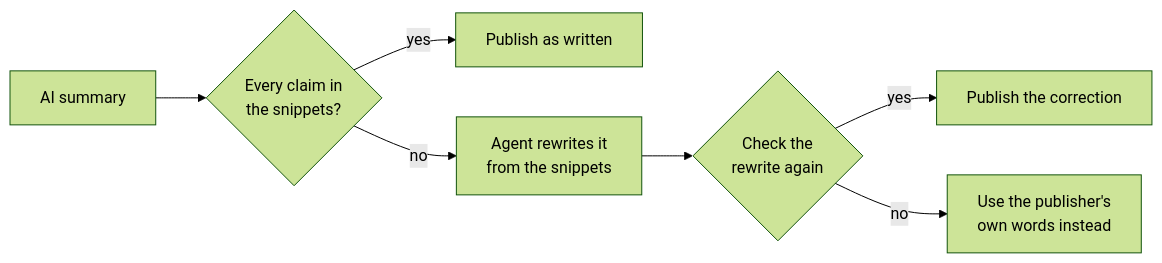
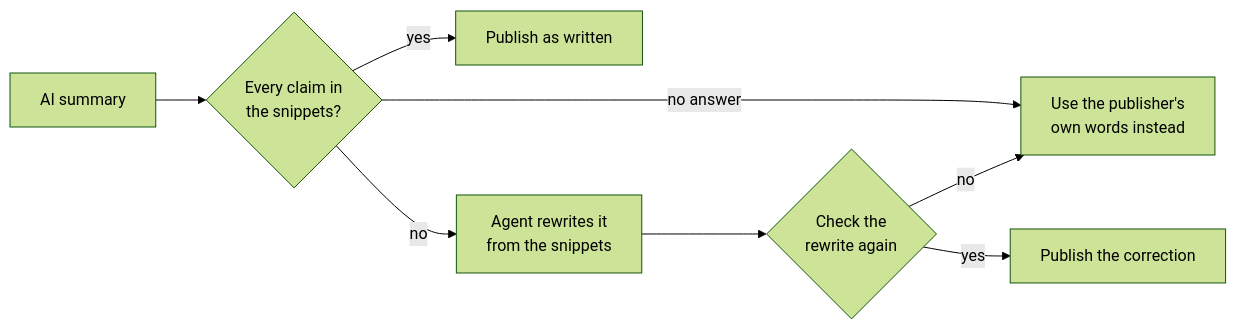
The second of 4 diagrams in docs/TECHNICAL_GUIDE.md (YashRajSingh1001/readkernel), drawn with Mermaid (forest theme) before and after one commit. The commit also changed other lines of this file and 2 other files, not shown here.

Commit message:
Use the publisher's words when the first fact-check gets no answer

````diff
--- a/docs/TECHNICAL_GUIDE.md
+++ b/docs/TECHNICAL_GUIDE.md
@@ -233,9 +233,10 @@
 ```mermaid
 flowchart LR
     A["AI summary"] --> B{"Every claim in<br/>the snippets?"}
+    B -- no answer --> FB
     B -- yes --> OK["Publish as written"]
     B -- no --> C["Agent rewrites it<br/>from the snippets"]
     C --> D{"Check the<br/>rewrite again"}
     D -- yes --> FIX["Publish the correction"]
     D -- no --> FB["Use the publisher's<br/>own words instead"]
 ```
````
